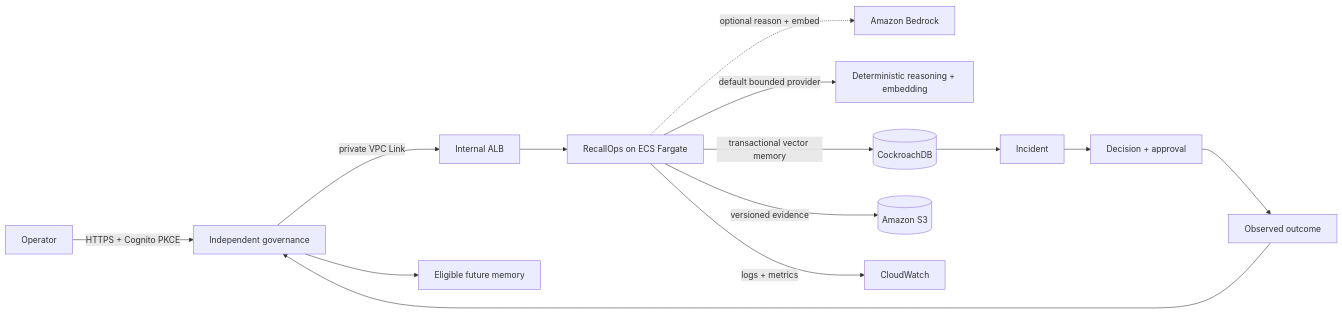
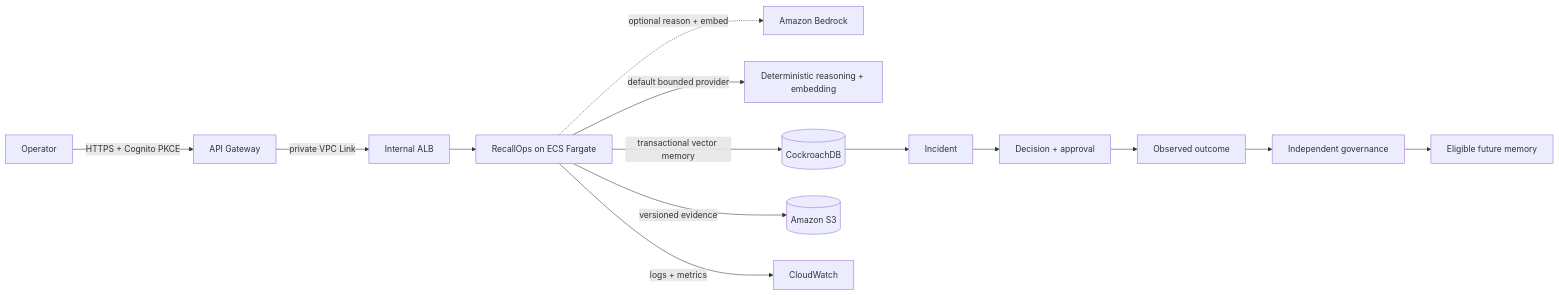
The diagram in docs/ARCHITECTURE.md (milos-plavsic/recallops), drawn with Mermaid before and after one commit. The commit also changed other lines of this file and 36 other files, not shown here.

````diff
--- a/docs/ARCHITECTURE.md
+++ b/docs/ARCHITECTURE.md
@@ -71,16 +71,16 @@
 ```mermaid
 flowchart LR
-  O[Operator] -->|HTTPS + Cognito PKCE| G[API Gateway]
-  G -->|private VPC Link| L[Internal ALB]
+  O[Operator] -->|HTTPS + Cognito PKCE| GW[API Gateway]
+  GW -->|private VPC Link| L[Internal ALB]
   L --> A[RecallOps on ECS Fargate]
   A -.->|optional reason + embed| B[Amazon Bedrock]
   A -->|default bounded provider| D[Deterministic reasoning + embedding]
   A -->|transactional vector memory| C[(CockroachDB)]
   A -->|versioned evidence| S[(Amazon S3)]
   A -->|logs + metrics| W[CloudWatch]
   C --> I[Incident]
   I --> P[Decision + approval]
   P --> U[Observed outcome]
-  U --> G[Independent governance]
-  G --> M[Eligible future memory]
+  U --> GOV[Independent governance]
+  GOV --> M[Eligible future memory]
 ```
````
